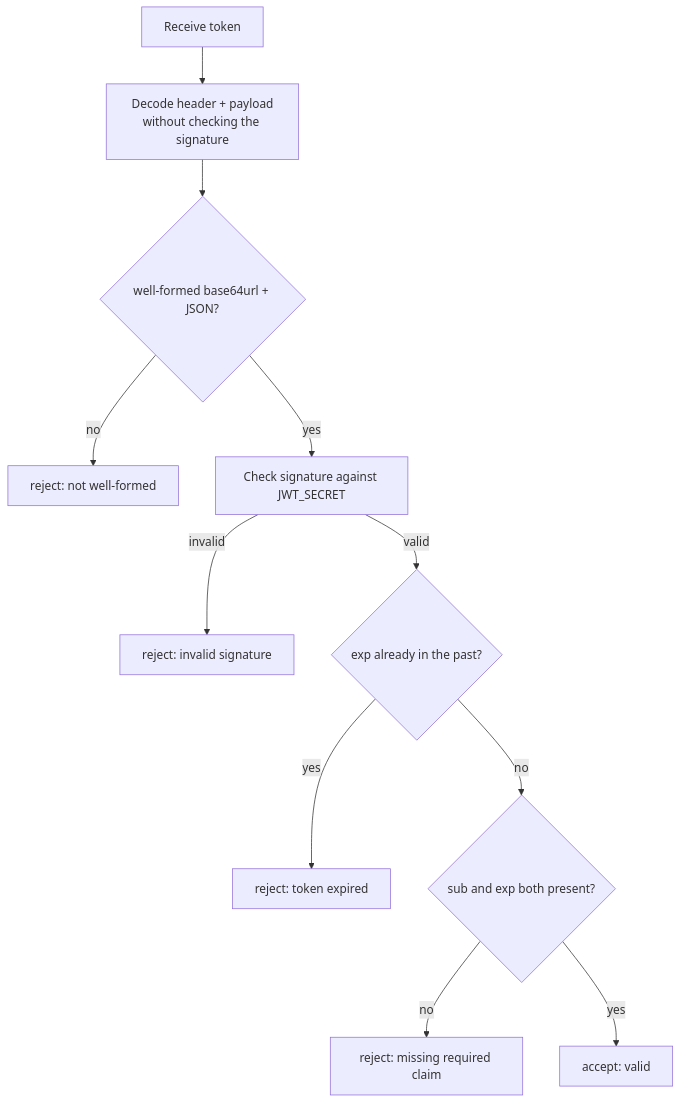
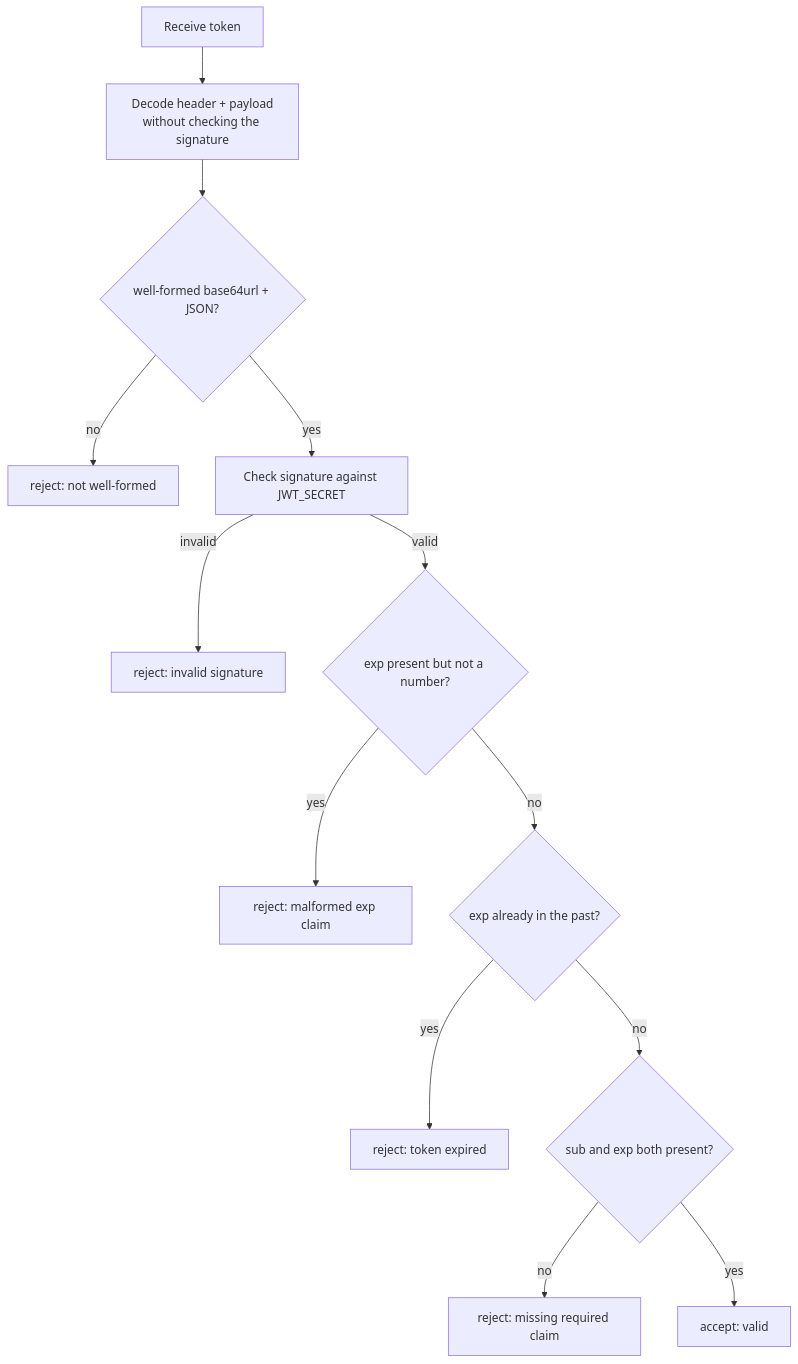
One commit to leejianrong/agent-auth-lab changed the fourth of 4 diagrams in docs/course/lab-01-jwt.md. Above: the diagram before and after it, drawn with Mermaid. The commit also changed other lines of this file and 35 other files, not shown here.

````diff
--- a/docs/course/lab-01-jwt.md
+++ b/docs/course/lab-01-jwt.md
@@ -189,13 +189,15 @@
 ```mermaid
 flowchart TD
     A[Receive token] --> B[Decode header + payload<br/>without checking the signature]
     B --> C{well-formed base64url + JSON?}
     C -->|no| D[reject: not well-formed]
     C -->|yes| E[Check signature against JWT_SECRET]
     E -->|invalid| F[reject: invalid signature]
-    E -->|valid| G{exp already in the past?}
+    E -->|valid| L{exp present but not a number?}
+    L -->|yes| M[reject: malformed exp claim]
+    L -->|no| G{exp already in the past?}
     G -->|yes| H[reject: token expired]
     G -->|no| I{sub and exp both present?}
     I -->|no| J[reject: missing required claim]
     I -->|yes| K[accept: valid]
 ```
````
